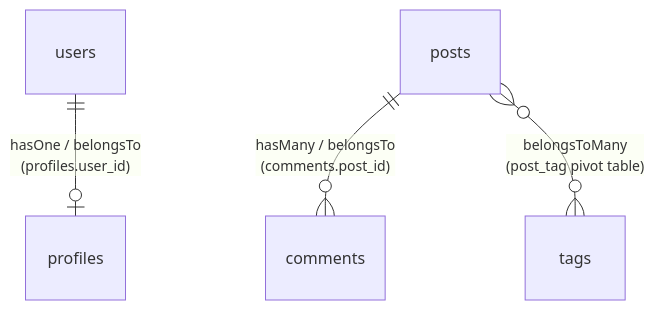
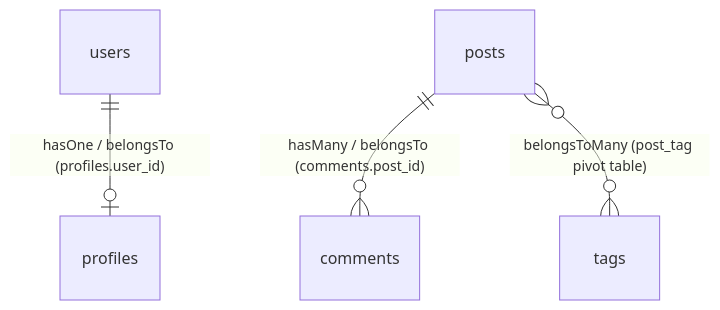
One commit to kawax/mintlify-docs changed the diagram in en/eloquent-relationships.mdx. Above: the diagram before and after it, drawn with Mermaid.

````diff
--- a/en/eloquent-relationships.mdx
+++ b/en/eloquent-relationships.mdx
@@ -25,6 +25,6 @@
 ```mermaid
 erDiagram
-    users ||--o| profiles : "hasOne / belongsTo<br>(profiles.user_id)"
-    posts ||--o{ comments : "hasMany / belongsTo<br>(comments.post_id)"
-    posts }o--o{ tags : "belongsToMany<br>(post_tag pivot table)"
+    users ||--o| profiles : "hasOne / belongsTo (profiles.user_id)"
+    posts ||--o{ comments : "hasMany / belongsTo (comments.post_id)"
+    posts }o--o{ tags : "belongsToMany (post_tag pivot table)"
 ```
````
